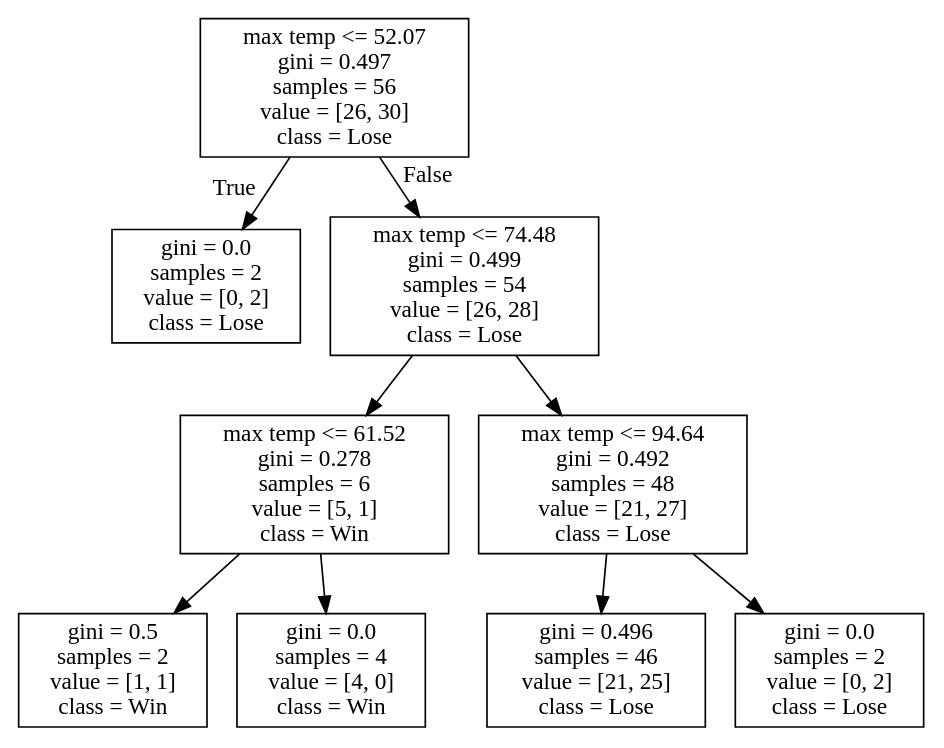
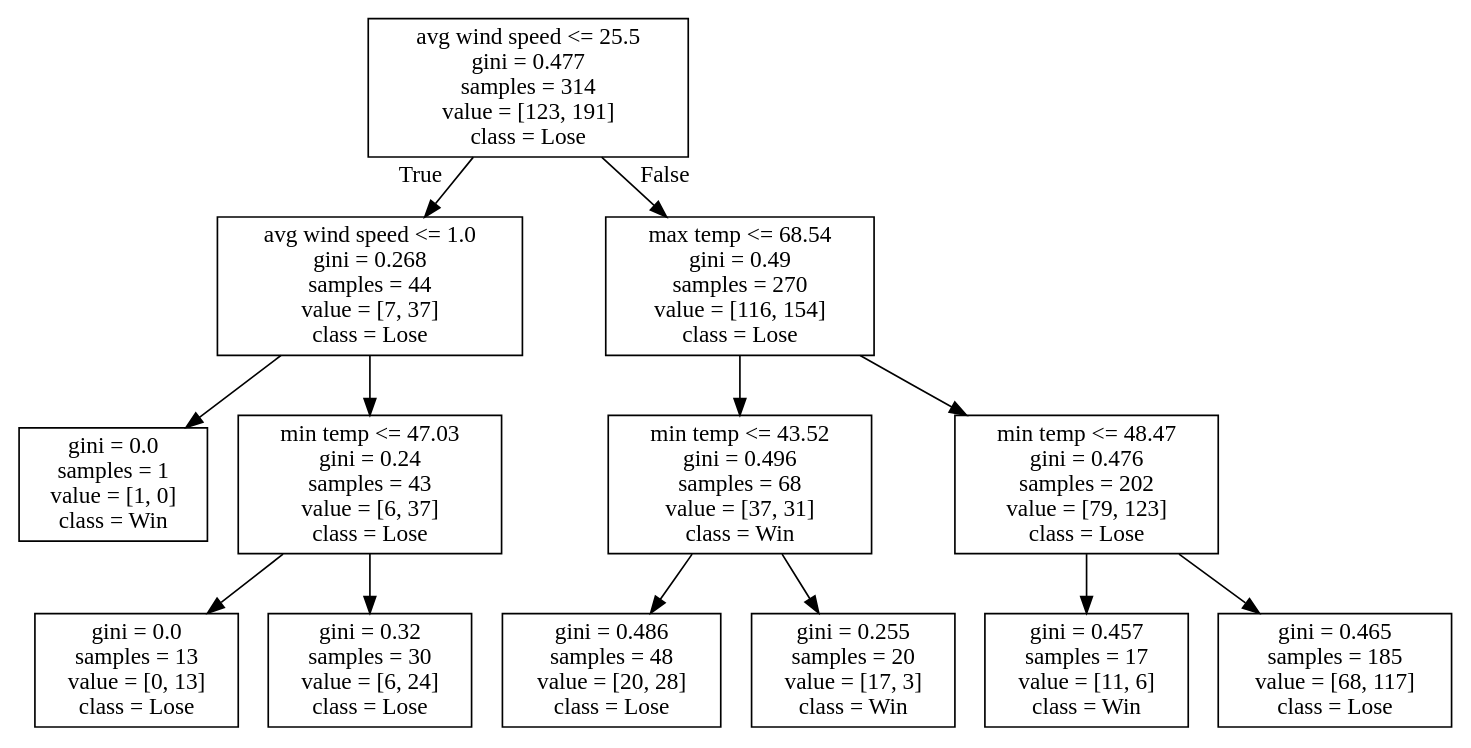
One commit to alexana-steck/CSE482Project changed the diagram in DecisionTrees/decision_tree_no_score_or_attendance1.dot. Above: the diagram before and after it, drawn with Graphviz. The commit also changed 482 other files, not shown here.

```diff
--- a/DecisionTrees/decision_tree_no_score_or_attendance1.dot
+++ b/DecisionTrees/decision_tree_no_score_or_attendance1.dot
@@ -1,20 +1,28 @@
 digraph Tree {
 node [shape=box] ;
-0 [label="max temp <= 52.07\ngini = 0.497\nsamples = 56\nvalue = [26, 30]\nclass = Lose"] ;
-1 [label="gini = 0.0\nsamples = 2\nvalue = [0, 2]\nclass = Lose"] ;
+0 [label="avg wind speed <= 25.5\ngini = 0.477\nsamples = 314\nvalue = [123, 191]\nclass = Lose"] ;
+1 [label="avg wind speed <= 1.0\ngini = 0.268\nsamples = 44\nvalue = [7, 37]\nclass = Lose"] ;
 0 -> 1 [labeldistance=2.5, labelangle=45, headlabel="True"] ;
-2 [label="max temp <= 74.48\ngini = 0.499\nsamples = 54\nvalue = [26, 28]\nclass = Lose"] ;
-0 -> 2 [labeldistance=2.5, labelangle=-45, headlabel="False"] ;
-3 [label="max temp <= 61.52\ngini = 0.278\nsamples = 6\nvalue = [5, 1]\nclass = Win"] ;
-2 -> 3 ;
-4 [label="gini = 0.5\nsamples = 2\nvalue = [1, 1]\nclass = Win"] ;
+2 [label="gini = 0.0\nsamples = 1\nvalue = [1, 0]\nclass = Win"] ;
+1 -> 2 ;
+3 [label="min temp <= 47.03\ngini = 0.24\nsamples = 43\nvalue = [6, 37]\nclass = Lose"] ;
+1 -> 3 ;
+4 [label="gini = 0.0\nsamples = 13\nvalue = [0, 13]\nclass = Lose"] ;
 3 -> 4 ;
-5 [label="gini = 0.0\nsamples = 4\nvalue = [4, 0]\nclass = Win"] ;
+5 [label="gini = 0.32\nsamples = 30\nvalue = [6, 24]\nclass = Lose"] ;
 3 -> 5 ;
-6 [label="max temp <= 94.64\ngini = 0.492\nsamples = 48\nvalue = [21, 27]\nclass = Lose"] ;
-2 -> 6 ;
-7 [label="gini = 0.496\nsamples = 46\nvalue = [21, 25]\nclass = Lose"] ;
+6 [label="max temp <= 68.54\ngini = 0.49\nsamples = 270\nvalue = [116, 154]\nclass = Lose"] ;
+0 -> 6 [labeldistance=2.5, labelangle=-45, headlabel="False"] ;
+7 [label="min temp <= 43.52\ngini = 0.496\nsamples = 68\nvalue = [37, 31]\nclass = Win"] ;
 6 -> 7 ;
-8 [label="gini = 0.0\nsamples = 2\nvalue = [0, 2]\nclass = Lose"] ;
-6 -> 8 ;
+8 [label="gini = 0.486\nsamples = 48\nvalue = [20, 28]\nclass = Lose"] ;
+7 -> 8 ;
+9 [label="gini = 0.255\nsamples = 20\nvalue = [17, 3]\nclass = Win"] ;
+7 -> 9 ;
+10 [label="min temp <= 48.47\ngini = 0.476\nsamples = 202\nvalue = [79, 123]\nclass = Lose"] ;
+6 -> 10 ;
+11 [label="gini = 0.457\nsamples = 17\nvalue = [11, 6]\nclass = Win"] ;
+10 -> 11 ;
+12 [label="gini = 0.465\nsamples = 185\nvalue = [68, 117]\nclass = Lose"] ;
+10 -> 12 ;
 }
```
